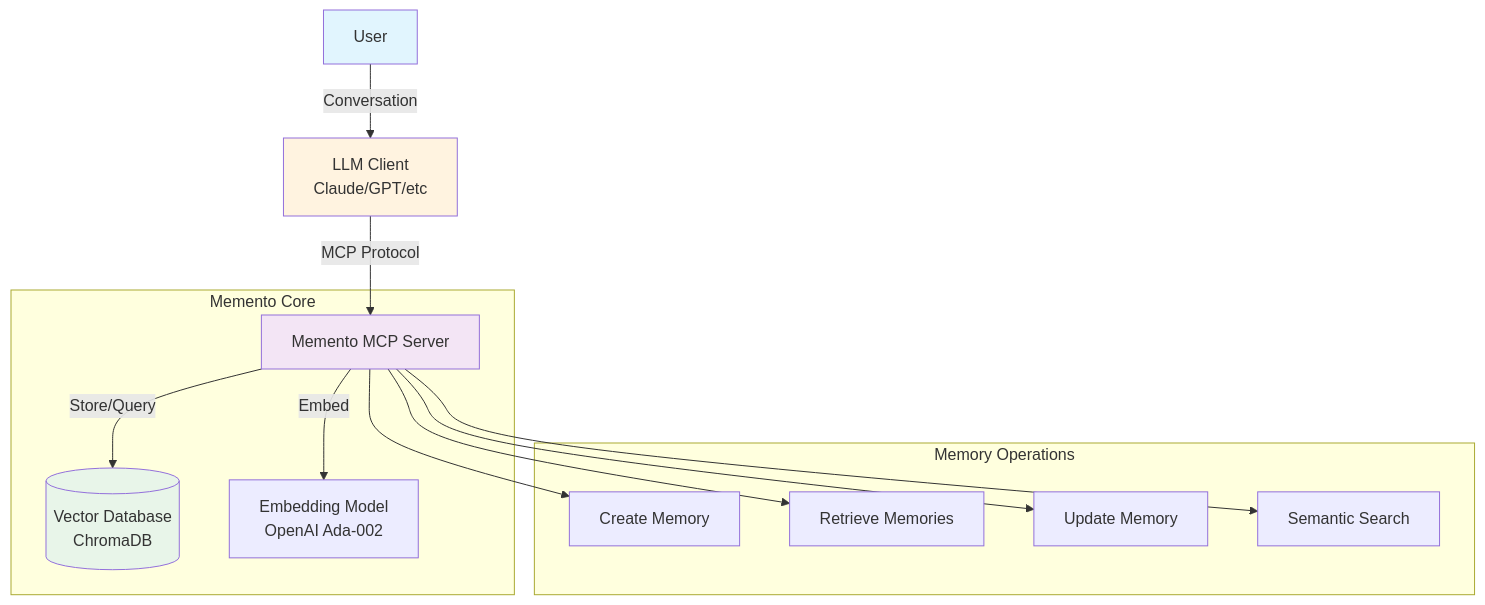
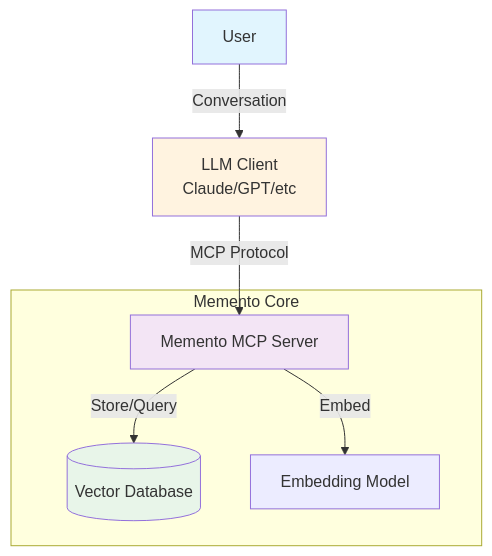
One commit to rigrergl/memento changed the diagram in README.md. Above: the diagram before and after it, drawn with Mermaid. The commit also changed other lines of this file, not shown here.

````diff
--- a/README.md
+++ b/README.md
@@ -11,31 +11,19 @@
 ```mermaid
 graph TB
     User[User] -->|Conversation| Client[LLM Client<br/>Claude/GPT/etc]
     Client -->|MCP Protocol| MCP[Memento MCP Server]
     
-    MCP -->|Store/Query| VectorDB[(Vector Database<br/>ChromaDB)]
-    MCP -->|Embed| Embedder[Embedding Model<br/>OpenAI Ada-002]
+    MCP -->|Store/Query| VectorDB[(Vector Database)]
+    MCP -->|Embed| Embedder[Embedding Model]
     
     subgraph "Memento Core"
         MCP
         VectorDB
         Embedder
     end
     
-    subgraph "Memory Operations"
-        Create[Create Memory]
-        Retrieve[Retrieve Memories]
-        Update[Update Memory]
-        Search[Semantic Search]
-    end
-    
-    MCP --> Create
-    MCP --> Retrieve
-    MCP --> Update
-    MCP --> Search
-    
     style User fill:#e1f5fe
     style Client fill:#fff3e0
     style MCP fill:#f3e5f5
     style VectorDB fill:#e8f5e9
 ```
````
